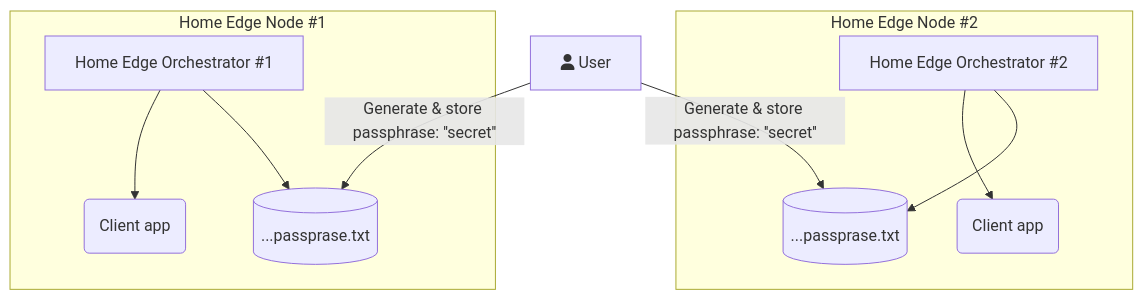
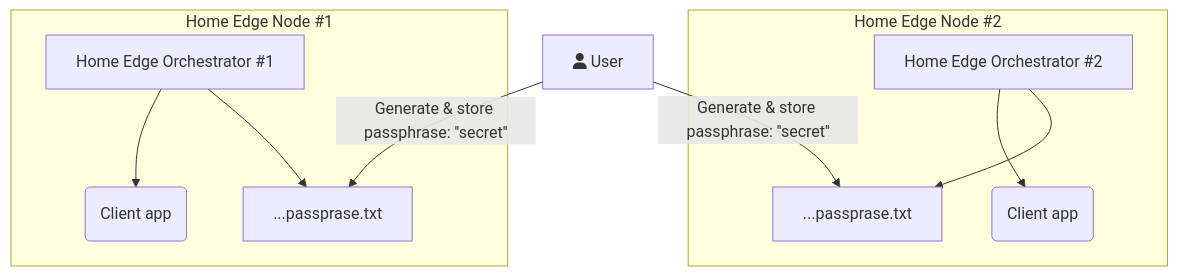
The diagram in README.md (tdrozdovsky/crib), drawn with Mermaid before and after one commit. The commit also changed other lines of this file, not shown here.

````diff
--- a/README.md
+++ b/README.md
@@ -34,16 +3,16 @@
 ```mermaid
 graph TD
 	A[fa:fa-user User] -->|Generate & store passphrase: ''secret''| Storage1(Home Edge Orchestrator #1)
 	A[fa:fa-user User] -->|Generate & store passphrase: ''secret''| Storage2(Home Edge Orchestrator #2)
     
 subgraph Home Edge Node #2
     HEO2[Home Edge Orchestrator #2]-->CAPP2(Client app)
-    HEO2[Home Edge Orchestrator #2]-->Storage2[(...passprase.txt)]
+    HEO2[Home Edge Orchestrator #2]-->Storage2[...passprase.txt]
 end	
 
 subgraph Home Edge Node #1
     HEO1[Home Edge Orchestrator #1]-->CAPP1(Client app)
-    HEO1[Home Edge Orchestrator #1]-->Storage1[(...passprase.txt)]
+    HEO1[Home Edge Orchestrator #1]-->Storage1[...passprase.txt]
 end	
 
 ```
````
